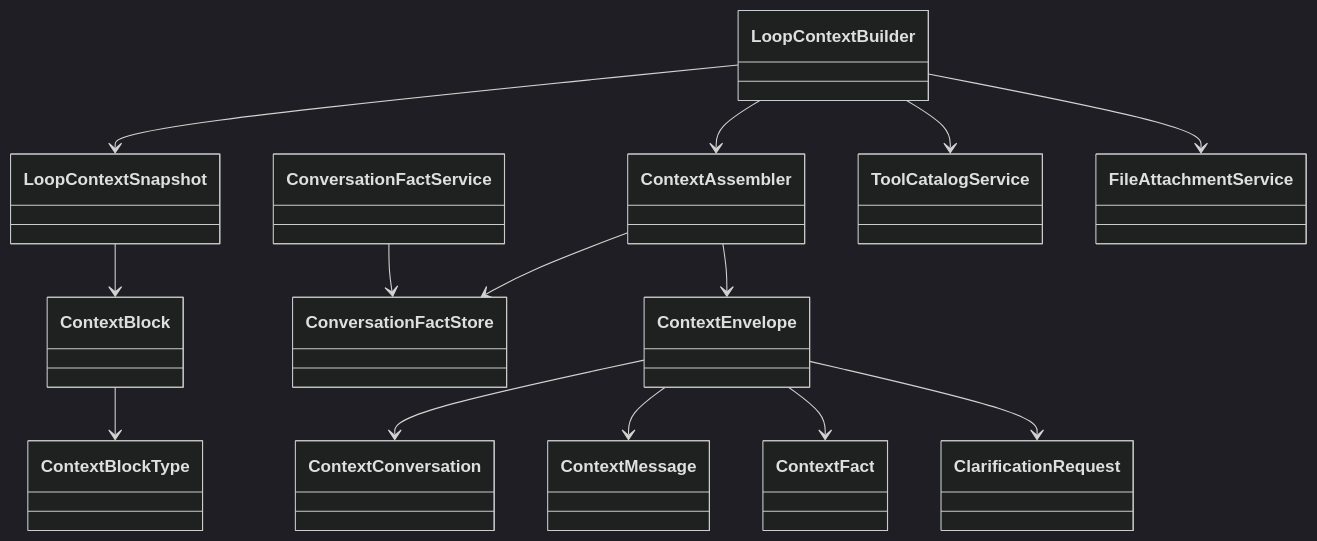
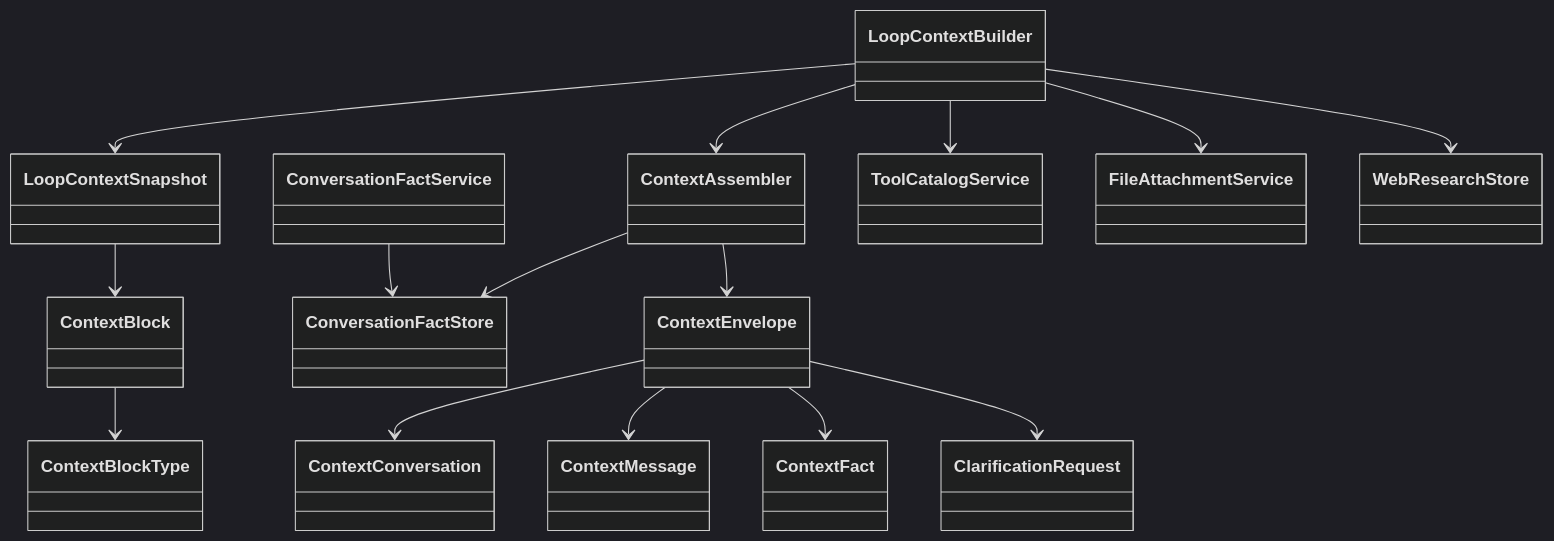
The diagram in backend/src/main/java/com/funjson/metaagent/context/README.md (funjson/meta-agent), drawn with Mermaid (dark theme) before and after one commit. The commit also changed other lines of this file and 76 other files, not shown here.

Commit message:
Implement web research and weather tooling

````diff
--- a/backend/src/main/java/com/funjson/metaagent/context/README.md
+++ b/backend/src/main/java/com/funjson/metaagent/context/README.md
@@ -17,31 +17,33 @@
 ```mermaid
 classDiagram
   class LoopContextBuilder
   class ContextAssembler
   class ContextEnvelope
   class ContextFact
   class ConversationFactService
   class ConversationFactStore
   class ContextConversation
   class ContextMessage
   class ClarificationRequest
   class LoopContextSnapshot
   class ContextBlock
   class ContextBlockType
   class ToolCatalogService
   class FileAttachmentService
+  class WebResearchStore
 
   ContextAssembler --> ContextEnvelope
   ContextAssembler --> ConversationFactStore
   ContextEnvelope --> ContextConversation
   ContextEnvelope --> ContextMessage
   ContextEnvelope --> ContextFact
   ContextEnvelope --> ClarificationRequest
   ConversationFactService --> ConversationFactStore
   LoopContextBuilder --> LoopContextSnapshot
   LoopContextBuilder --> ContextAssembler
   LoopContextBuilder --> FileAttachmentService
+  LoopContextBuilder --> WebResearchStore
   LoopContextSnapshot --> ContextBlock
   ContextBlock --> ContextBlockType
   LoopContextBuilder --> ToolCatalogService
 ```
````
